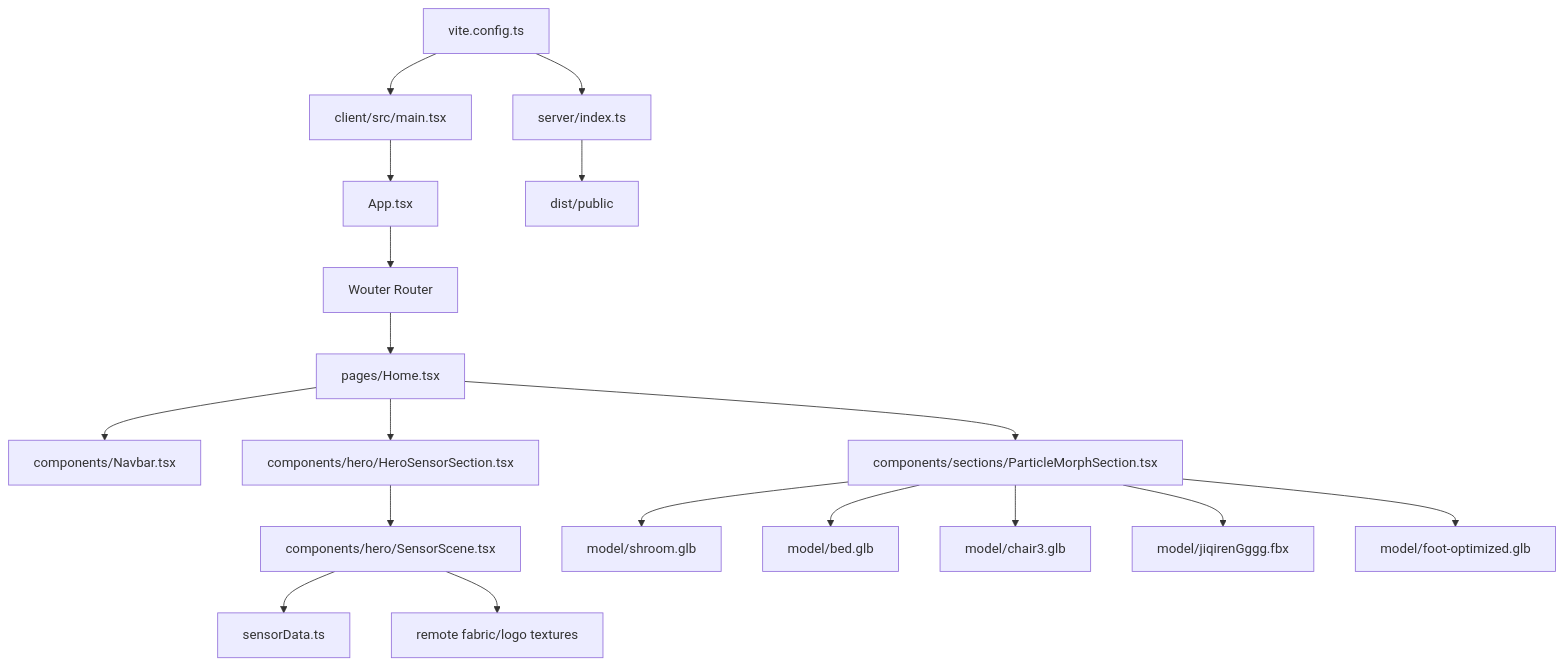
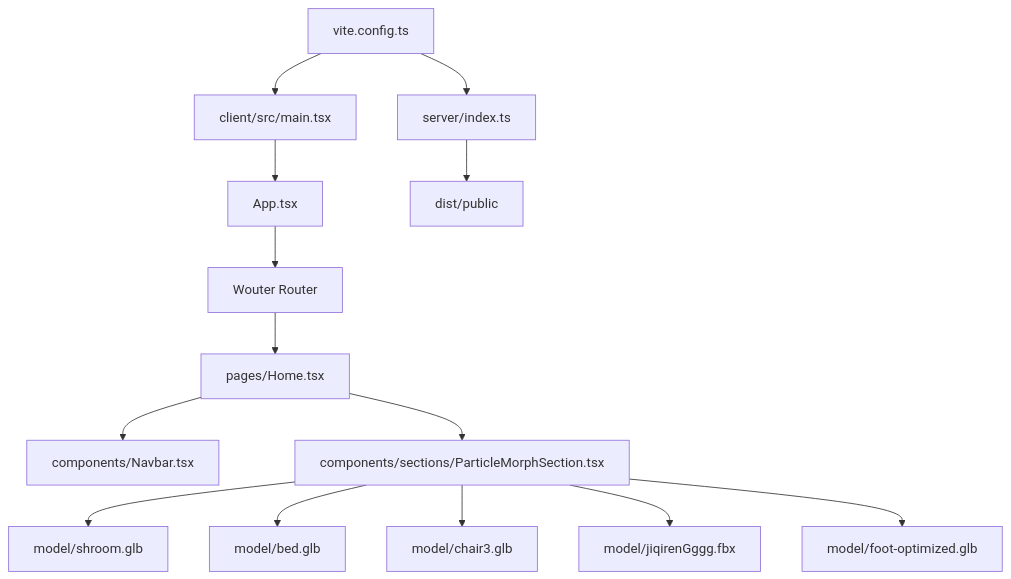
The diagram in ARCHITECTURE.md (liudada118/shroomweb), drawn with Mermaid before and after one commit. The commit also changed other lines of this file and 2 other files, not shown here.

````diff
--- a/ARCHITECTURE.md
+++ b/ARCHITECTURE.md
@@ -65,20 +65,16 @@
 ```mermaid
 graph TD
   A[client/src/main.tsx] --> B[App.tsx]
   B --> C[Wouter Router]
   C --> D[pages/Home.tsx]
   D --> E[components/Navbar.tsx]
-  D --> F[components/hero/HeroSensorSection.tsx]
   D --> M[components/sections/ParticleMorphSection.tsx]
-  F --> G[components/hero/SensorScene.tsx]
-  G --> H[sensorData.ts]
-  G --> I[remote fabric/logo textures]
   M --> N[model/shroom.glb]
   M --> O[model/bed.glb]
   M --> P[model/chair3.glb]
   M --> Q[model/jiqirenGggg.fbx]
   M --> R[model/foot-optimized.glb]
   J[server/index.ts] --> K[dist/public]
   L[vite.config.ts] --> A
   L --> J
 ```
````
